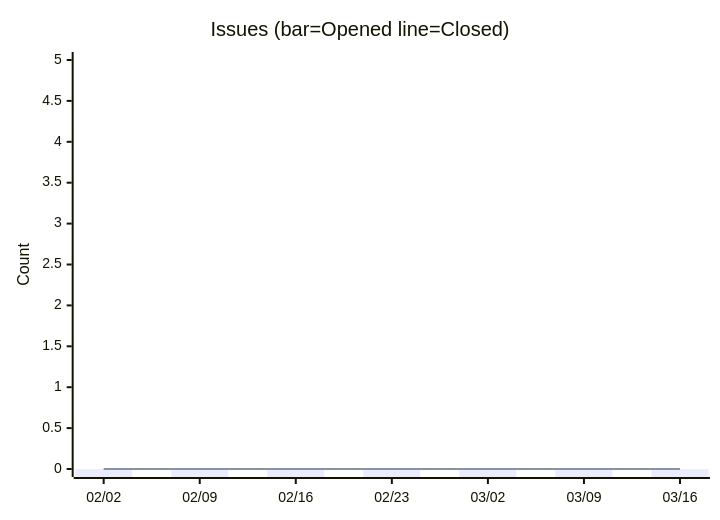
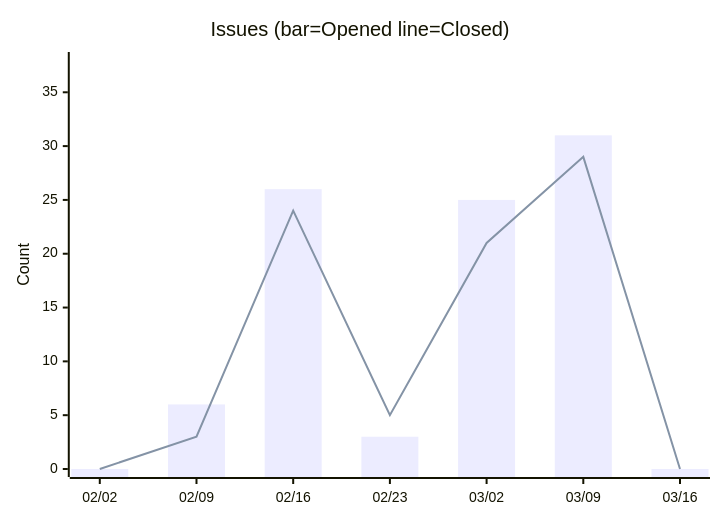
One commit to nablarch/nabledge-dev changed the fifth of 11 diagrams in docs/metrics.md. Above: the diagram before and after it, drawn with Mermaid. The commit also changed other lines of this file and 3 other files, not shown here.

First line of the commit message:
fix: collect issue metrics and add DORA trend charts to scorecard (#226)

````diff
--- a/docs/metrics.md
+++ b/docs/metrics.md
@@ -66,8 +64,8 @@
 ```mermaid
 xychart-beta
   title "Issues (bar=Opened  line=Closed)"
   x-axis ["02/02", "02/09", "02/16", "02/23", "03/02", "03/09", "03/16"]
-  y-axis "Count" 0 --> 5
-  bar [0, 0, 0, 0, 0, 0, 0]
-  line [0, 0, 0, 0, 0, 0, 0]
+  y-axis "Count" 0 --> 38
+  bar [0, 6, 26, 3, 25, 31, 0]
+  line [0, 3, 24, 5, 21, 29, 0]
 ```
````
